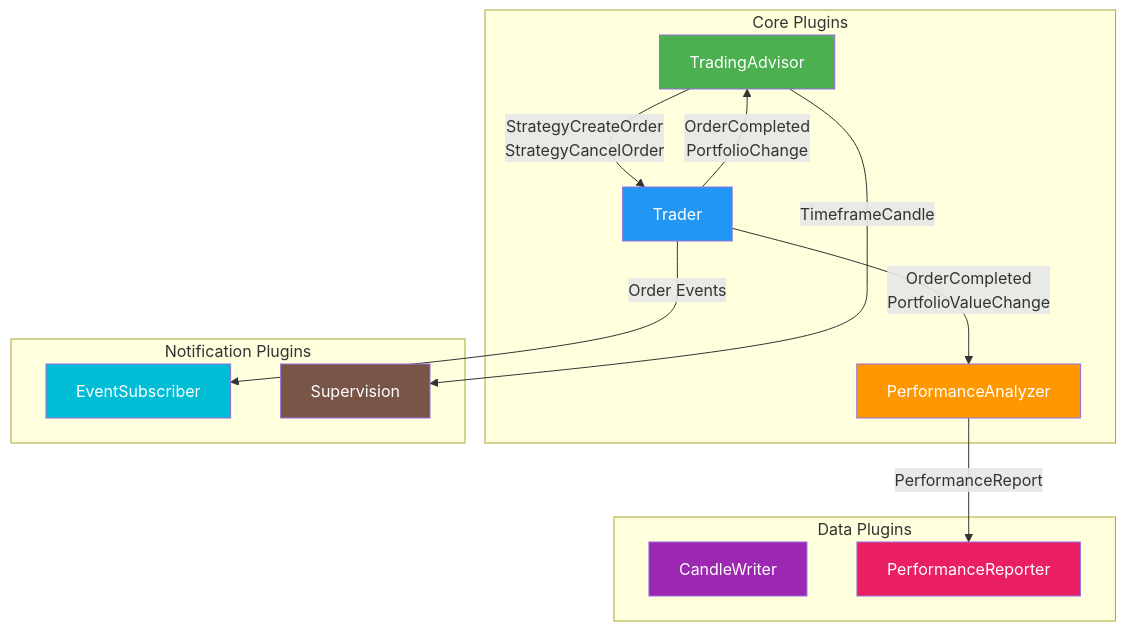
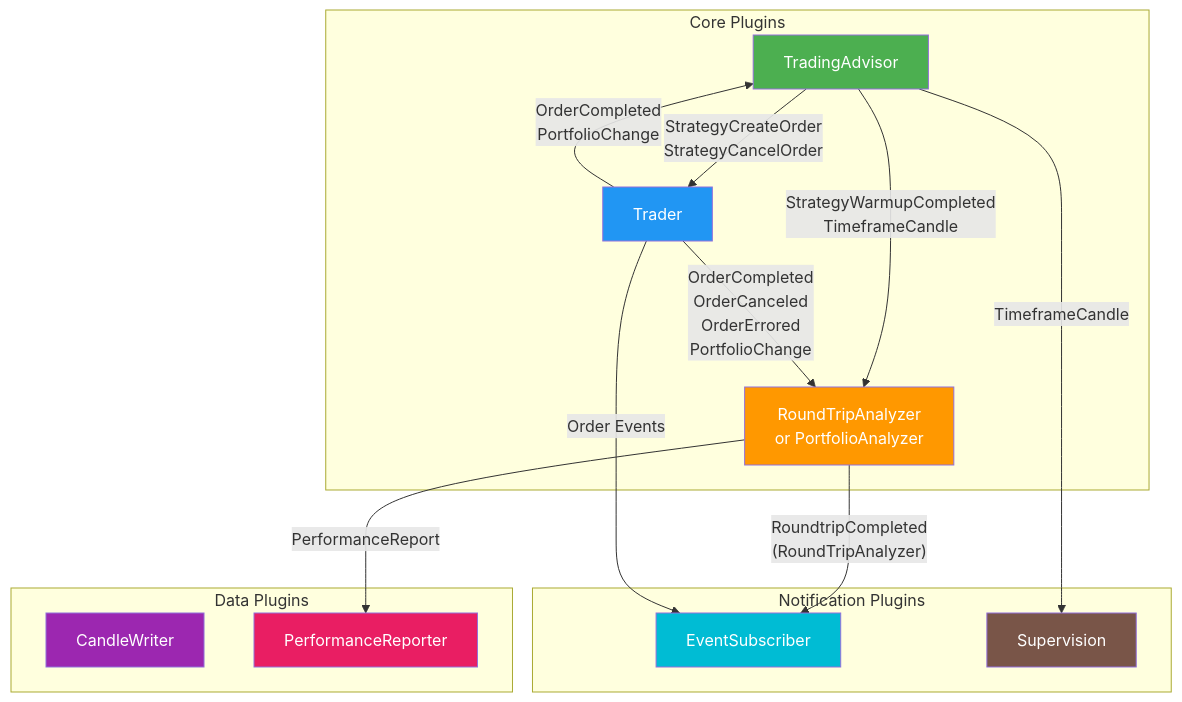
One commit to youtix/gekko2 changed the diagram in documentation/plugins.md. Above: the diagram before and after it, drawn with Mermaid. The commit also changed other lines of this file and 9 other files, not shown here.

First line of the commit message:
docs: replace PerformanceAnalyzer by both analyzers and document the telegram chatId, strict options and CSV layout

````diff
--- a/documentation/plugins.md
+++ b/documentation/plugins.md
@@ -505,33 +635,35 @@
 ```mermaid
 graph TD
     subgraph Core Plugins
         TA[TradingAdvisor]
         TR[Trader]
-        PA[PerformanceAnalyzer]
+        AN["RoundTripAnalyzer<br>or PortfolioAnalyzer"]
     end
     
     subgraph Data Plugins
         CW[CandleWriter]
         PR[PerformanceReporter]
     end
     
     subgraph Notification Plugins
         ES[EventSubscriber]
         SU[Supervision]
     end
     
     TA -->|"StrategyCreateOrder<br>StrategyCancelOrder"| TR
     TA -->|"TimeframeCandle"| SU
     TR -->|"OrderCompleted<br>PortfolioChange"| TA
-    TR -->|"OrderCompleted<br>PortfolioValueChange"| PA
-    PA -->|"PerformanceReport"| PR
+    TA -->|"StrategyWarmupCompleted<br>TimeframeCandle"| AN
+    TR -->|"OrderCompleted<br>OrderCanceled<br>OrderErrored<br>PortfolioChange"| AN
+    AN -->|"PerformanceReport"| PR
+    AN -->|"RoundtripCompleted<br>(RoundTripAnalyzer)"| ES
     TR -->|"Order Events"| ES
     
     style TA fill:#4CAF50,color:white
     style TR fill:#2196F3,color:white
-    style PA fill:#FF9800,color:white
+    style AN fill:#FF9800,color:white
     style CW fill:#9C27B0,color:white
     style PR fill:#E91E63,color:white
     style ES fill:#00BCD4,color:white
     style SU fill:#795548,color:white
 ```
````
